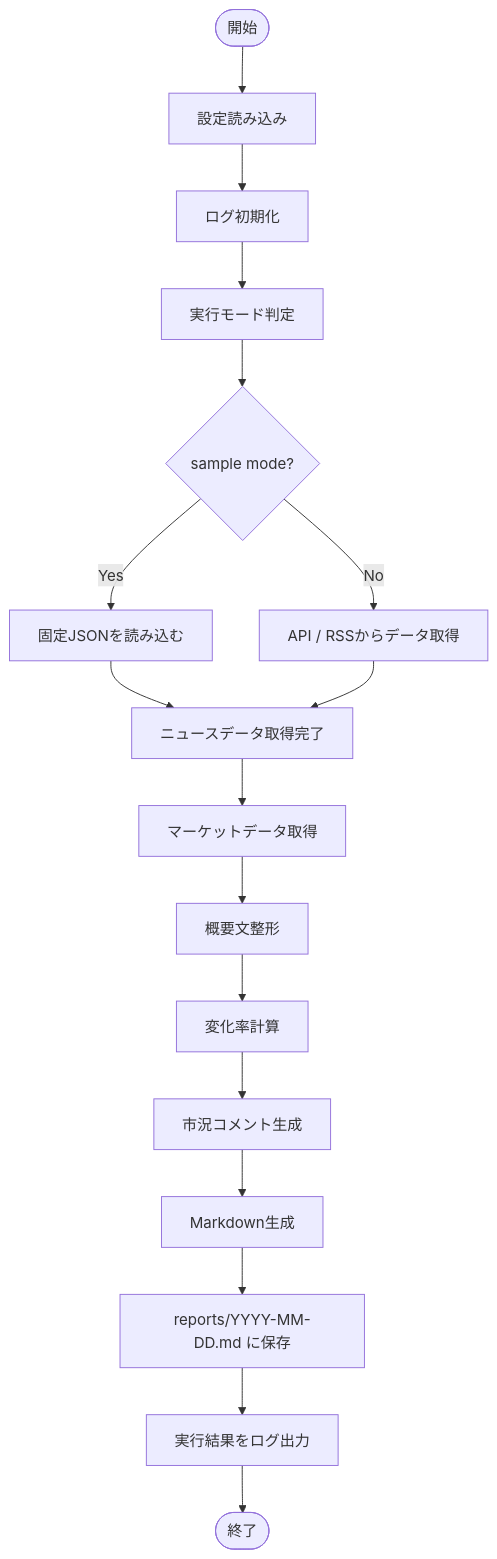
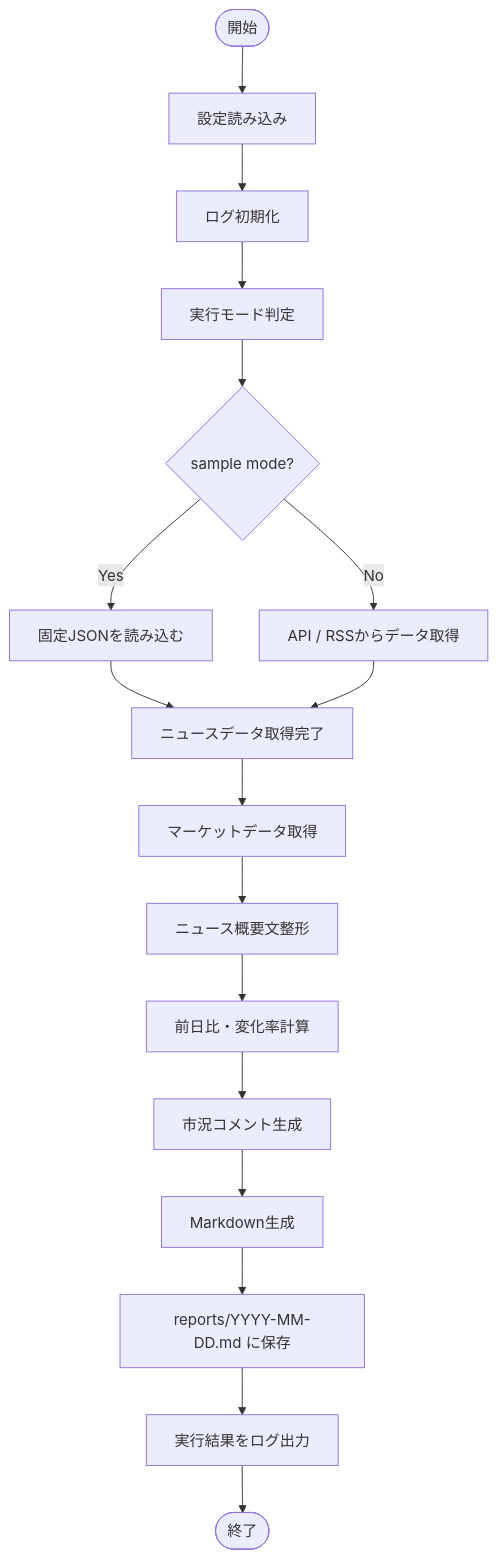
The second of 2 diagrams in docs/basic-design/基本設計.md (yukino-nulldebug/news), drawn with Mermaid before and after one commit. The commit also changed other lines of this file and 7 other files, not shown here.

````diff
--- a/docs/basic-design/基本設計.md
+++ b/docs/basic-design/基本設計.md
@@ -145,19 +155,19 @@
 ```mermaid
 flowchart TD
     A([開始]) --> B[設定読み込み]
     B --> C[ログ初期化]
     C --> D[実行モード判定]
     D --> E{sample mode?}
     E -->|Yes| F[固定JSONを読み込む]
     E -->|No| G[API / RSSからデータ取得]
     F --> H[ニュースデータ取得完了]
     G --> H
     H --> I[マーケットデータ取得]
-    I --> J[概要文整形]
-    J --> K[変化率計算]
+    I --> J[ニュース概要文整形]
+    J --> K[前日比・変化率計算]
     K --> L[市況コメント生成]
     L --> M[Markdown生成]
     M --> N[reports/YYYY-MM-DD.md に保存]
     N --> O[実行結果をログ出力]
     O --> P([終了])
 ```
````
